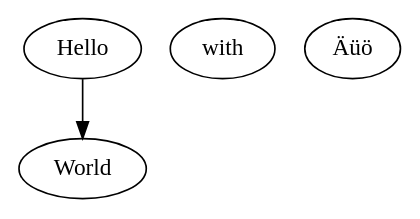
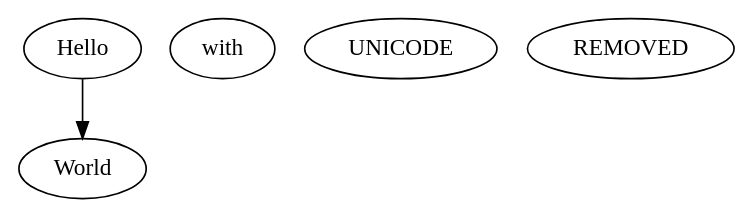
Before and after one commit to sergiocorreia/panflute: the second of 2 diagrams in examples/input/graphviz-sample.md, drawn with Graphviz. The commit also changed other lines of this file and 12 other files, not shown here.

````diff
--- a/examples/input/graphviz-sample.md
+++ b/examples/input/graphviz-sample.md
@@ -16,3 +16,3 @@
 ```graphviz
-digraph G {Hello->World with Äüö}
+digraph G {Hello->World with UNICODE REMOVED}
 ```
````
